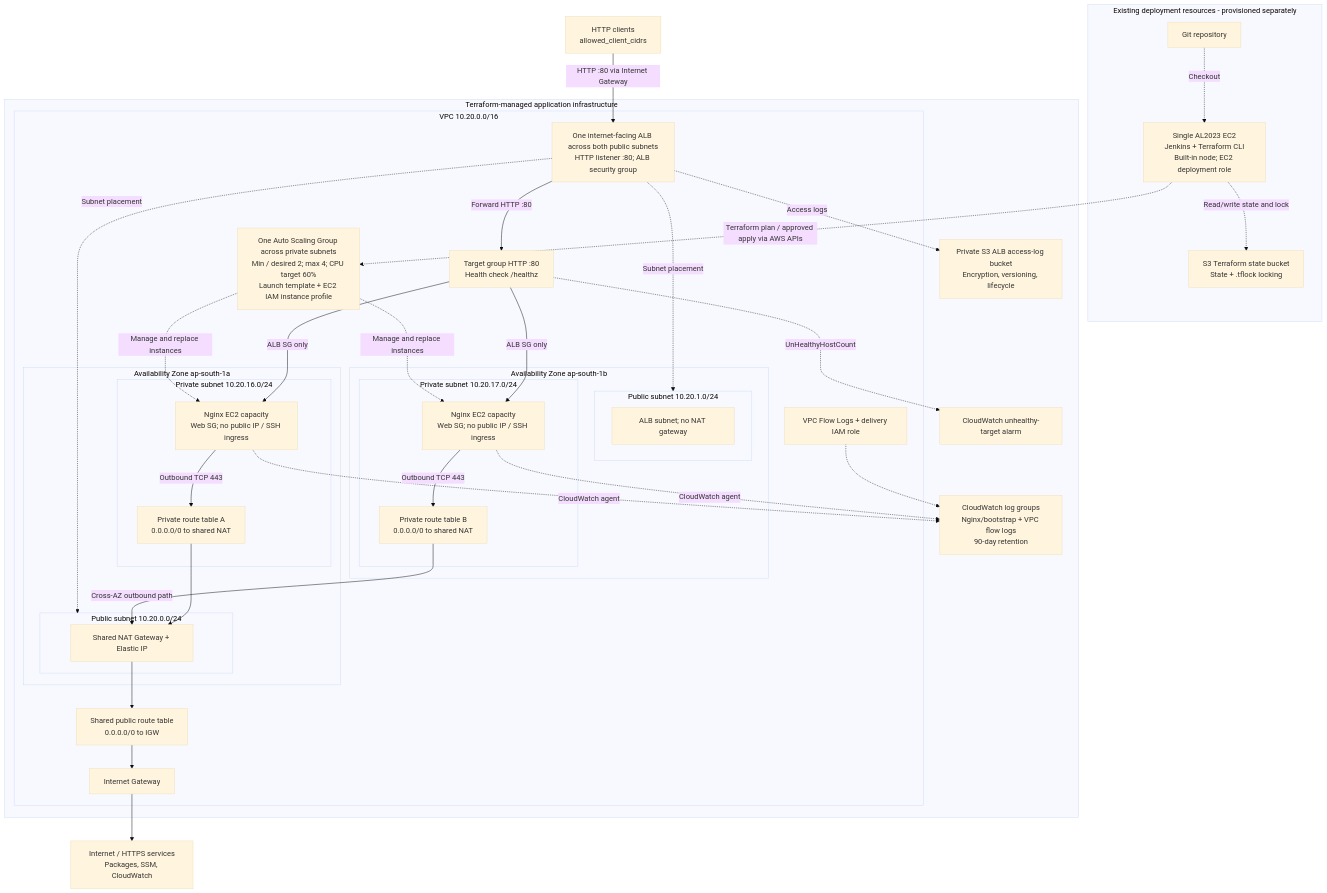
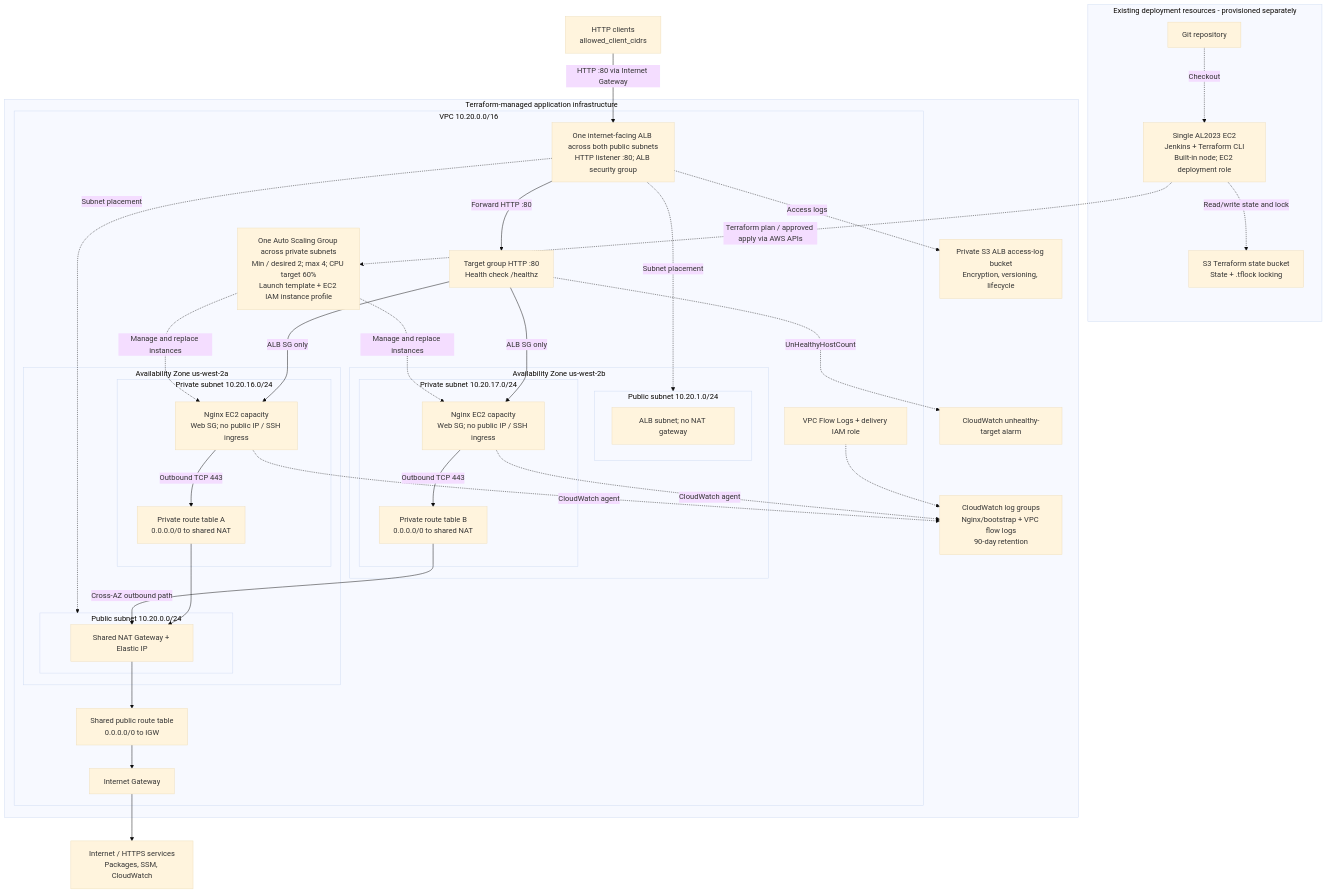
Before and after one commit to sahil-gr/TF-aws: the diagram in README.md, drawn with Mermaid (base theme). The commit also changed other lines of this file and 8 other files, not shown here.

````diff
--- a/README.md
+++ b/README.md
@@ -9,71 +9,71 @@
 ```mermaid
 flowchart TB
     clients["HTTP clients<br/>allowed_client_cidrs"]
     internet["Internet / HTTPS services<br/>Packages, SSM, CloudWatch"]
 
     subgraph external["Existing deployment resources - provisioned separately"]
         git["Git repository"]
         jenkins["Single AL2023 EC2<br/>Jenkins + Terraform CLI<br/>Built-in node; EC2 deployment role"]
         state["S3 Terraform state bucket<br/>State + .tflock locking"]
         git -.->|Checkout| jenkins
         jenkins -.->|Read/write state and lock| state
     end
 
     subgraph stack["Terraform-managed application infrastructure"]
         subgraph vpc["VPC 10.20.0.0/16"]
             igw["Internet Gateway"]
             publicrt["Shared public route table<br/>0.0.0.0/0 to IGW"]
             alb["One internet-facing ALB across both public subnets<br/>HTTP listener :80; ALB security group"]
             tg["Target group HTTP :80<br/>Health check /healthz"]
 
-            subgraph aza["Availability Zone ap-south-1a"]
+            subgraph aza["Availability Zone us-west-2a"]
                 subgraph public_a["Public subnet 10.20.0.0/24"]
                     nat_a["Shared NAT Gateway + Elastic IP"]
                 end
                 subgraph private_a["Private subnet 10.20.16.0/24"]
                     web_a["Nginx EC2 capacity<br/>Web SG; no public IP / SSH ingress"]
                     route_a["Private route table A<br/>0.0.0.0/0 to shared NAT"]
                 end
             end
 
-            subgraph azb["Availability Zone ap-south-1b"]
+            subgraph azb["Availability Zone us-west-2b"]
                 subgraph public_b["Public subnet 10.20.1.0/24"]
                     public_b_note["ALB subnet; no NAT gateway"]
                 end
                 subgraph private_b["Private subnet 10.20.17.0/24"]
                     web_b["Nginx EC2 capacity<br/>Web SG; no public IP / SSH ingress"]
                     route_b["Private route table B<br/>0.0.0.0/0 to shared NAT"]
                 end
             end
 
             asg["One Auto Scaling Group across private subnets<br/>Min / desired 2; max 4; CPU target 60%<br/>Launch template + EC2 IAM instance profile"]
             flow["VPC Flow Logs + delivery IAM role"]
         end
 
         logs["CloudWatch log groups<br/>Nginx/bootstrap + VPC flow logs<br/>90-day retention"]
         bucket["Private S3 ALB access-log bucket<br/>Encryption, versioning, lifecycle"]
         alarm["CloudWatch unhealthy-target alarm"]
     end
 
     clients -->|HTTP :80 via Internet Gateway| alb
     alb -->|Forward HTTP :80| tg
     alb -.->|Subnet placement| public_a
     alb -.->|Subnet placement| public_b
     tg -->|ALB SG only| web_a
     tg -->|ALB SG only| web_b
     asg -.->|Manage and replace instances| web_a
     asg -.->|Manage and replace instances| web_b
     web_a -->|Outbound TCP 443| route_a
     route_a --> nat_a
     web_b -->|Outbound TCP 443| route_b
     route_b -->|Cross-AZ outbound path| nat_a
     nat_a --> publicrt
     publicrt --> igw
     igw --> internet
     web_a -.->|CloudWatch agent| logs
     web_b -.->|CloudWatch agent| logs
     flow -.-> logs
     alb -.->|Access logs| bucket
     tg -.->|UnHealthyHostCount| alarm
     jenkins -.->|Terraform plan / approved apply via AWS APIs| asg
 ```
````
